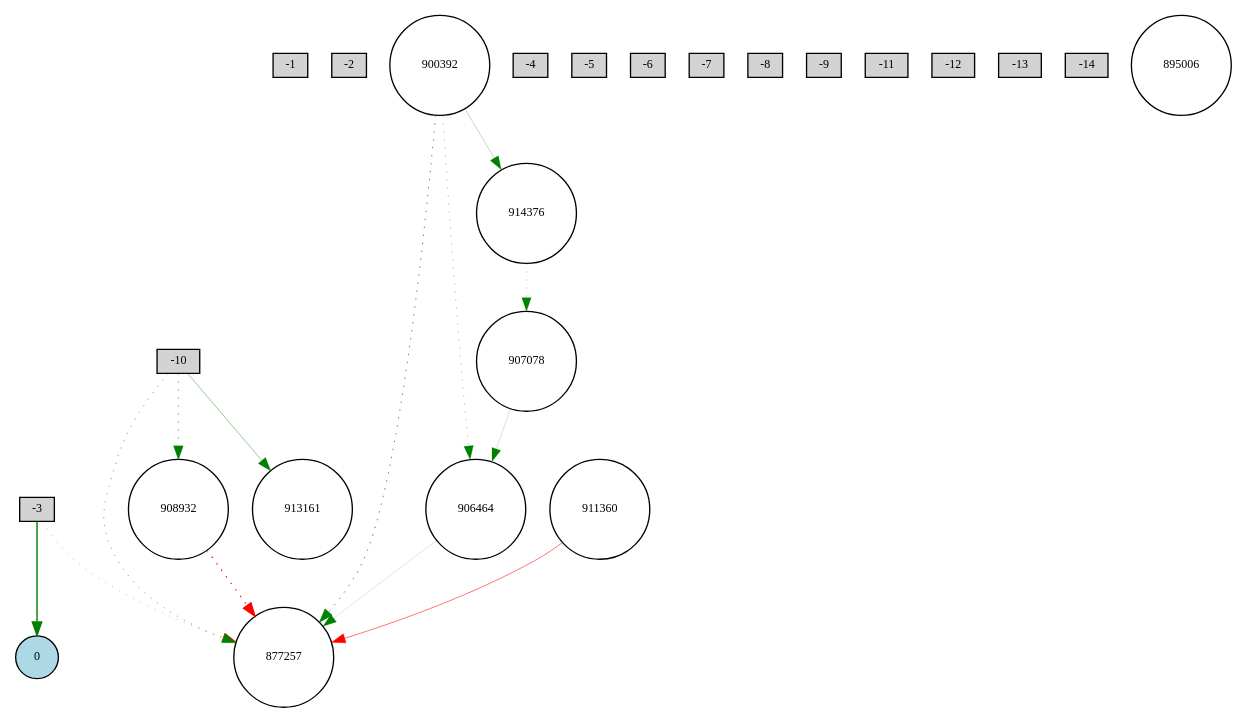
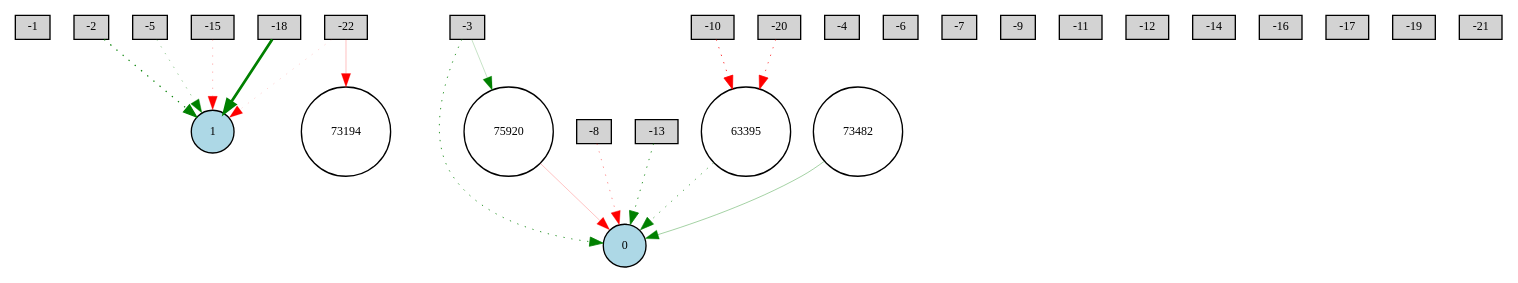
The diagram in neat-application/winner-feedforward.gv (HalcoDraco/I2R), drawn with Graphviz before and after one commit. The commit also changed 14 other files, not shown here.

```diff
--- a/neat-application/winner-feedforward.gv
+++ b/neat-application/winner-feedforward.gv
@@ -1,40 +1,46 @@
 digraph {
 	node [fontsize=9 height=0.2 shape=circle width=0.2]
 	-1 [fillcolor=lightgray shape=box style=filled]
 	-2 [fillcolor=lightgray shape=box style=filled]
 	-3 [fillcolor=lightgray shape=box style=filled]
 	-4 [fillcolor=lightgray shape=box style=filled]
 	-5 [fillcolor=lightgray shape=box style=filled]
 	-6 [fillcolor=lightgray shape=box style=filled]
 	-7 [fillcolor=lightgray shape=box style=filled]
 	-8 [fillcolor=lightgray shape=box style=filled]
 	-9 [fillcolor=lightgray shape=box style=filled]
 	-10 [fillcolor=lightgray shape=box style=filled]
 	-11 [fillcolor=lightgray shape=box style=filled]
 	-12 [fillcolor=lightgray shape=box style=filled]
 	-13 [fillcolor=lightgray shape=box style=filled]
 	-14 [fillcolor=lightgray shape=box style=filled]
+	-15 [fillcolor=lightgray shape=box style=filled]
+	-16 [fillcolor=lightgray shape=box style=filled]
+	-17 [fillcolor=lightgray shape=box style=filled]
+	-18 [fillcolor=lightgray shape=box style=filled]
+	-19 [fillcolor=lightgray shape=box style=filled]
+	-20 [fillcolor=lightgray shape=box style=filled]
+	-21 [fillcolor=lightgray shape=box style=filled]
+	-22 [fillcolor=lightgray shape=box style=filled]
 	0 [fillcolor=lightblue style=filled]
-	877257 [fillcolor=white style=filled]
-	895006 [fillcolor=white style=filled]
-	900392 [fillcolor=white style=filled]
-	906464 [fillcolor=white style=filled]
-	907078 [fillcolor=white style=filled]
-	908932 [fillcolor=white style=filled]
-	911360 [fillcolor=white style=filled]
-	913161 [fillcolor=white style=filled]
-	914376 [fillcolor=white style=filled]
-	-10 -> 877257 [color=green penwidth=0.41030262695734643 style=dotted]
-	-3 -> 0 [color=green penwidth=1.0695514759450662 style=solid]
-	908932 -> 877257 [color=red penwidth=0.9386622797302949 style=dotted]
-	900392 -> 877257 [color=green penwidth=0.592341827625514 style=dotted]
-	-3 -> 877257 [color=red penwidth=0.21675027649964207 style=dotted]
-	914376 -> 907078 [color=green penwidth=0.23706536179381274 style=dotted]
-	907078 -> 906464 [color=green penwidth=0.14381231599289734 style=solid]
-	900392 -> 914376 [color=green penwidth=0.19762727669853708 style=solid]
-	900392 -> 906464 [color=green penwidth=0.28979438029171045 style=dotted]
-	906464 -> 877257 [color=green penwidth=0.11571578329151123 style=solid]
-	-10 -> 908932 [color=green penwidth=0.4598012672997187 style=dotted]
-	911360 -> 877257 [color=red penwidth=0.4063200625582212 style=solid]
-	-10 -> 913161 [color=green penwidth=0.30647897076775954 style=solid]
+	1 [fillcolor=lightblue style=filled]
+	63395 [fillcolor=white style=filled]
+	73194 [fillcolor=white style=filled]
+	73482 [fillcolor=white style=filled]
+	75920 [fillcolor=white style=filled]
+	-8 -> 0 [color=red penwidth=0.3257832917921908 style=dotted]
+	-13 -> 0 [color=green penwidth=0.6089443463611844 style=dotted]
+	-3 -> 0 [color=green penwidth=0.5972923295175907 style=dotted]
+	73482 -> 0 [color=green penwidth=0.27095468129473416 style=solid]
+	-20 -> 63395 [color=red penwidth=0.5035974601729162 style=dotted]
+	-5 -> 1 [color=green penwidth=0.32414063181136576 style=dotted]
+	-15 -> 1 [color=red penwidth=0.2245955309306951 style=dotted]
+	-18 -> 1 [color=green penwidth=2.0383527112413597 style=solid]
+	-2 -> 1 [color=green penwidth=0.9051619351214683 style=dotted]
+	-10 -> 63395 [color=red penwidth=0.5866404739309518 style=dotted]
+	63395 -> 0 [color=green penwidth=0.49404951705834466 style=dotted]
+	-3 -> 75920 [color=green penwidth=0.17071132415248286 style=solid]
+	-22 -> 73194 [color=red penwidth=0.1919634574305539 style=solid]
+	75920 -> 0 [color=red penwidth=0.18067688667916187 style=solid]
+	-22 -> 1 [color=red penwidth=0.12906485593620506 style=dotted]
 }
```
